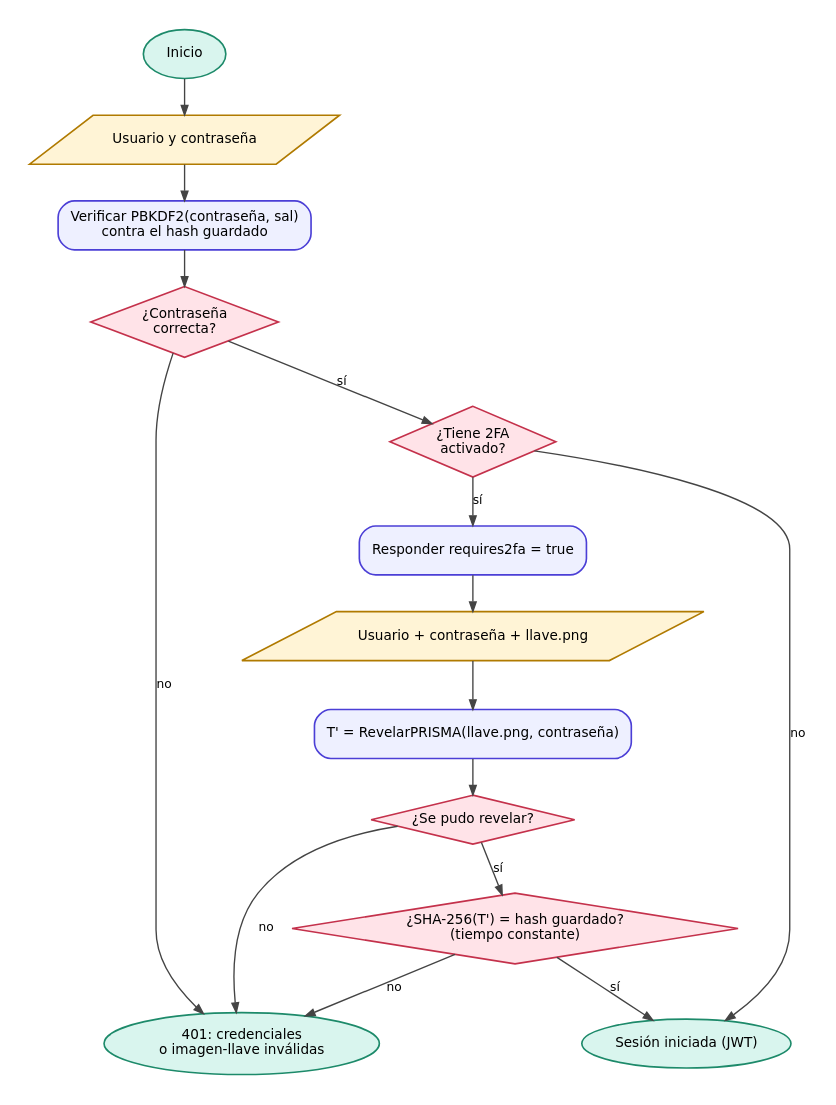
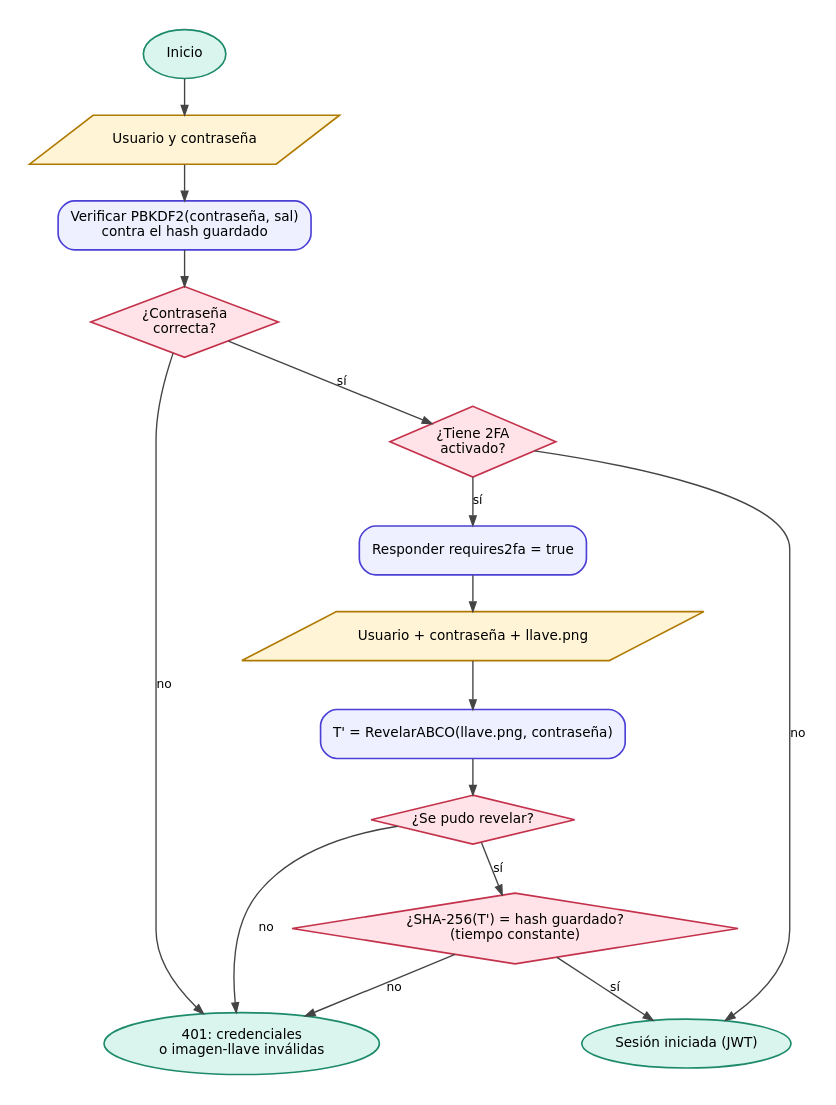
Before and after one commit to yaelrdf/Virologia_Criptografia_UPIICSA: the diagram in Examen_Prisma/docs/diagramas/login_2fa.dot, drawn with Graphviz. The commit also changed 16 other files, not shown here.

First line of the commit message:
Documentación ABCO: diagramas, API, README, DEPLOY y generador del Word actualizados

```diff
--- a/Examen_Prisma/docs/diagramas/login_2fa.dot
+++ b/Examen_Prisma/docs/diagramas/login_2fa.dot
@@ -1,12 +1,12 @@
 digraph G { graph [fontname="DejaVu Sans", fontsize=11, nodesep=0.35, ranksep=0.35, pad=0.2, bgcolor="white"];
 node [fontname="DejaVu Sans", fontsize=10, shape=box, style="rounded,filled", fillcolor="#eef0ff", color="#4b3fd6", penwidth=1.2, margin="0.15,0.07"];
 edge [fontname="DejaVu Sans", fontsize=9, color="#444444", arrowsize=0.7];
   ini [label="Inicio", shape=oval, style=filled, fillcolor="#d9f5ee", color="#1d8a6a"]; ok [label="Sesión iniciada (JWT)", shape=oval, style=filled, fillcolor="#d9f5ee", color="#1d8a6a"]; no [label="401: credenciales\no imagen-llave inválidas", shape=oval, style=filled, fillcolor="#d9f5ee", color="#1d8a6a"];
   ent [label="Usuario y contraseña", shape=parallelogram, style=filled, fillcolor="#fff4d6", color="#b07a00"]; pw [label="Verificar PBKDF2(contraseña, sal)\ncontra el hash guardado"];
   q1 [label="¿Contraseña\ncorrecta?", shape=diamond, style=filled, fillcolor="#ffe3e8", color="#c4314b", margin="0.05,0.03"]; q2 [label="¿Tiene 2FA\nactivado?", shape=diamond, style=filled, fillcolor="#ffe3e8", color="#c4314b", margin="0.05,0.03"];
   req [label="Responder requires2fa = true"]; img [label="Usuario + contraseña + llave.png", shape=parallelogram, style=filled, fillcolor="#fff4d6", color="#b07a00"];
-  rev [label="T' = RevelarPRISMA(llave.png, contraseña)"]; q3 [label="¿Se pudo revelar?", shape=diamond, style=filled, fillcolor="#ffe3e8", color="#c4314b", margin="0.05,0.03"];
+  rev [label="T' = RevelarABCO(llave.png, contraseña)"]; q3 [label="¿Se pudo revelar?", shape=diamond, style=filled, fillcolor="#ffe3e8", color="#c4314b", margin="0.05,0.03"];
   cmp [label="¿SHA-256(T') = hash guardado?\n(tiempo constante)", shape=diamond, style=filled, fillcolor="#ffe3e8", color="#c4314b", margin="0.05,0.03"];
   ini -> ent -> pw -> q1; q1 -> no [label="no"]; q1 -> q2 [label="sí"]; q2 -> ok [label="no"]; q2 -> req [label="sí"]; req -> img -> rev -> q3;
   q3 -> no [label="no"]; q3 -> cmp [label="sí"]; cmp -> ok [label="sí"]; cmp -> no [label="no"];
 }
```
